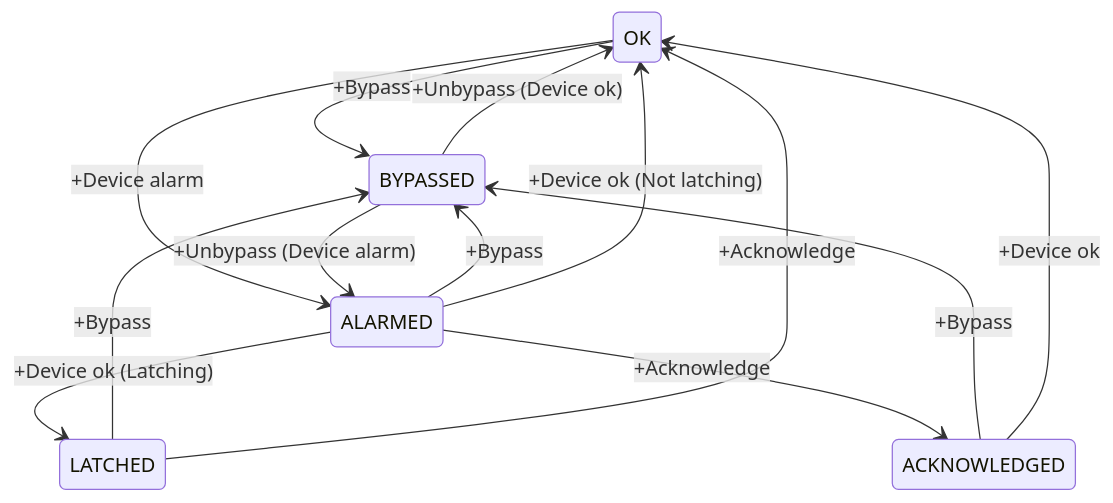
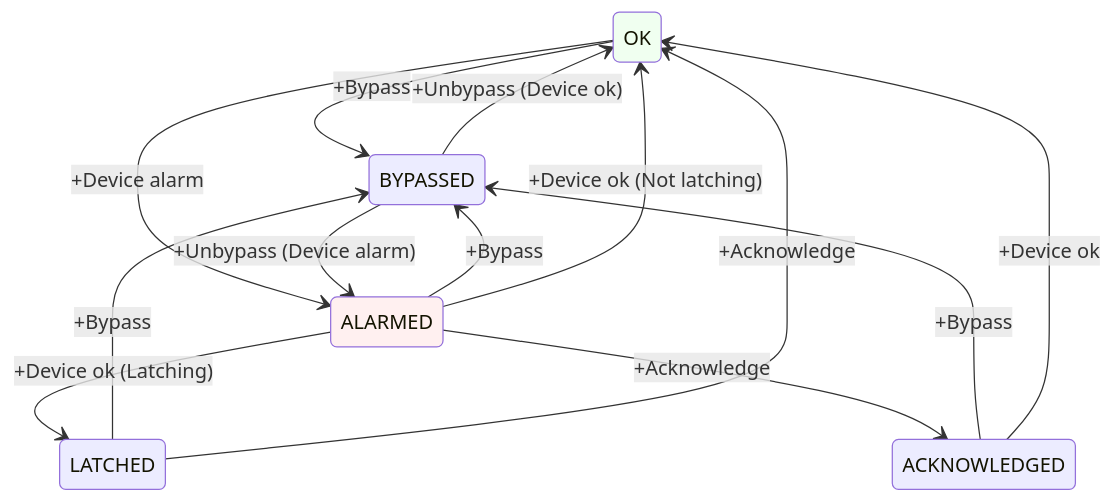
One commit to fermi-ad/acorn-alarms-service changed the diagram in README.md. Above: the diagram before and after it, drawn with Mermaid.

Commit message:
mermaid colors

````diff
--- a/README.md
+++ b/README.md
@@ -50,15 +50,17 @@
 ```mermaid
 stateDiagram-v2
   OK --> BYPASSED: +Bypass
   OK --> ALARMED: +Device alarm
   BYPASSED --> OK: +Unbypass (Device ok)
   BYPASSED --> ALARMED: +Unbypass (Device alarm)
   ALARMED --> BYPASSED: +Bypass
   ALARMED --> OK: +Device ok (Not latching)
   ALARMED --> LATCHED: +Device ok (Latching)
   ALARMED --> ACKNOWLEDGED: +Acknowledge
   ACKNOWLEDGED --> BYPASSED: +Bypass
   ACKNOWLEDGED --> OK: +Device ok
   LATCHED --> BYPASSED: +Bypass
   LATCHED --> OK: +Acknowledge
+  style OK fill:#F0FFF0
+  style ALARMED fill:#FFF0F0
 ```
````
